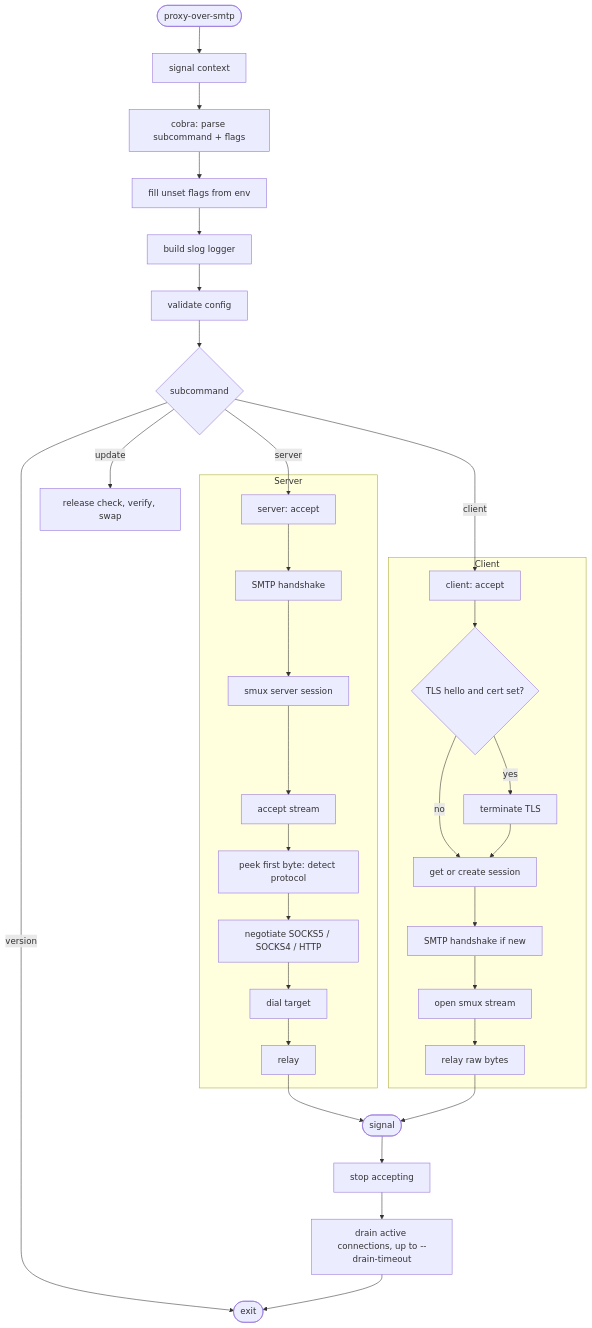
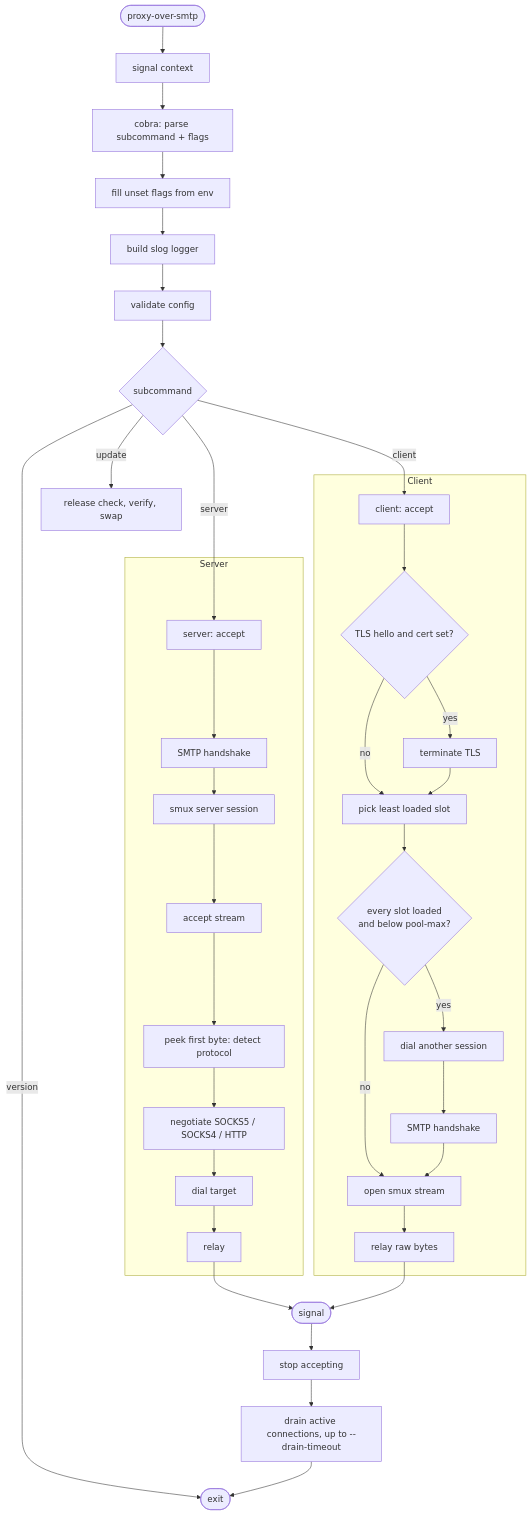
Before and after one commit to dimaskiddo/proxy-over-smtp: the first of 4 diagrams in docs/WORKFLOWS.md, drawn with Mermaid. The commit also changed other lines of this file and 35 other files, not shown here.

````diff
--- a/docs/WORKFLOWS.md
+++ b/docs/WORKFLOWS.md
@@ -9,40 +9,43 @@
 ```mermaid
 flowchart TD
     Start([proxy-over-smtp]) --> Ctx[signal context]
     Ctx --> Cobra[cobra: parse subcommand + flags]
     Cobra --> Env[fill unset flags from env]
     Env --> Log[build slog logger]
     Log --> Val[validate config]
     Val --> Route{subcommand}
 
     Route -- server --> SAccept[server: accept]
     Route -- client --> CAccept[client: accept]
     Route -- update --> UCheck[release check, verify, swap]
     Route -- version --> Done
 
     subgraph Server
         SAccept --> SHand[SMTP handshake]
         SHand --> SMux[smux server session]
         SMux --> SStream[accept stream]
         SStream --> SDet[peek first byte: detect protocol]
         SDet --> SSocks[negotiate SOCKS5 / SOCKS4 / HTTP]
         SSocks --> SDial[dial target]
         SDial --> SRelay[relay]
     end
 
     subgraph Client
         CAccept --> CTls{TLS hello and cert set?}
         CTls -- yes --> CTerm[terminate TLS]
         CTls -- no --> CSess
-        CTerm --> CSess[get or create session]
-        CSess --> CHand[SMTP handshake if new]
+        CTerm --> CSess[pick least loaded slot]
+        CSess --> CGrow{every slot loaded<br/>and below pool-max?}
+        CGrow -- yes --> CDial[dial another session]
+        CGrow -- no --> COpen
+        CDial --> CHand[SMTP handshake]
         CHand --> COpen[open smux stream]
         COpen --> CRelay[relay raw bytes]
     end
 
     SRelay --> Stop
     CRelay --> Stop
     Stop([signal]) --> NoAccept[stop accepting]
     NoAccept --> Drain[drain active connections, up to --drain-timeout]
     Drain --> Done([exit])
 ```
````
